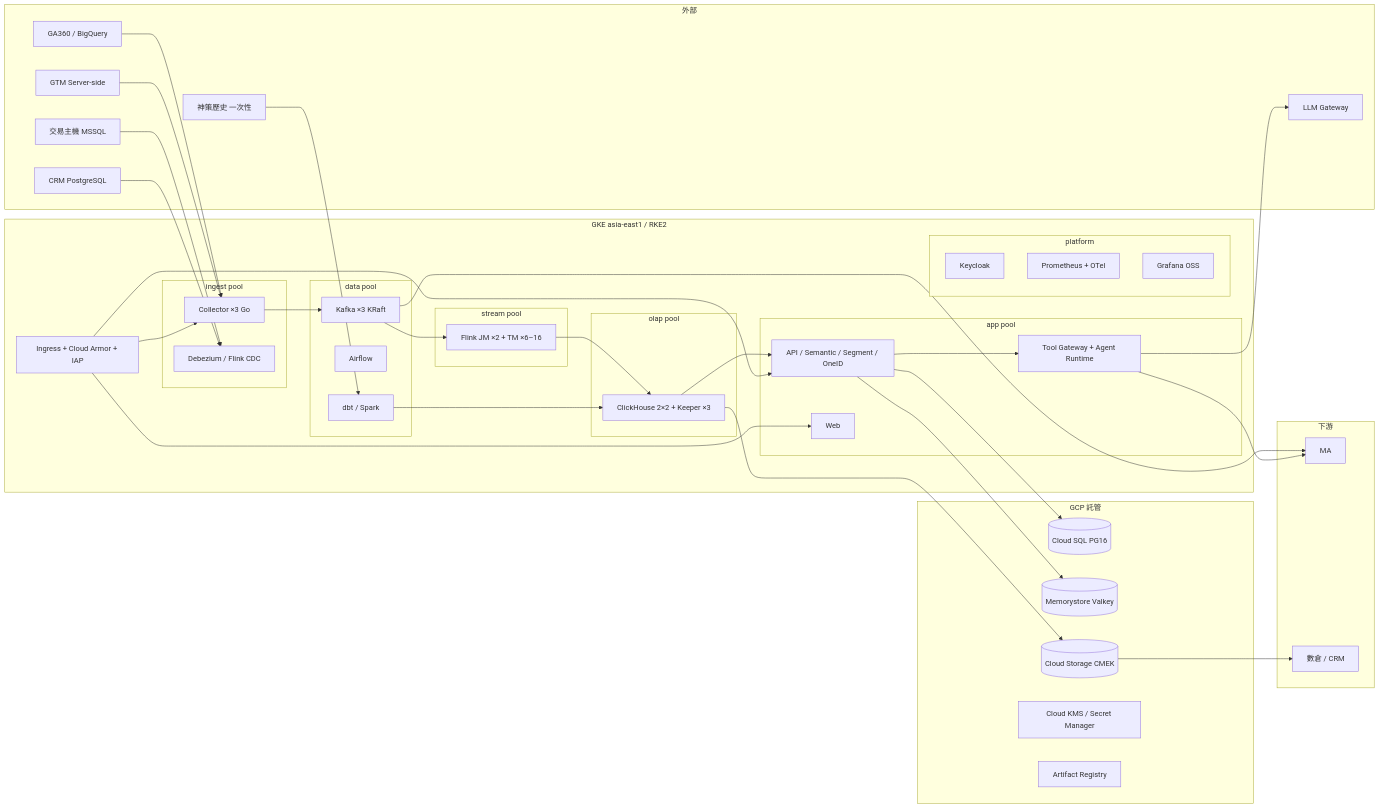
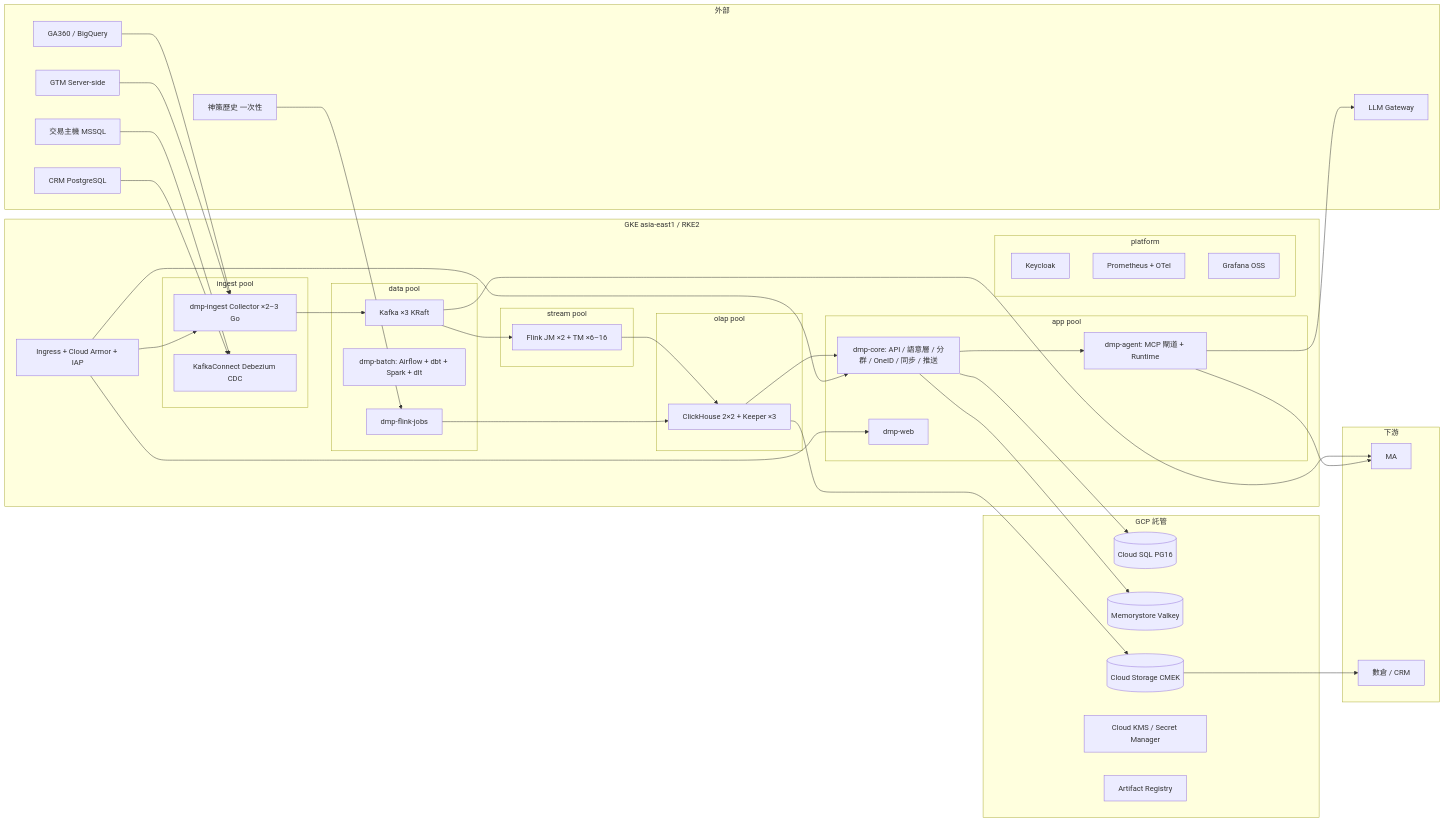
One commit to ALTA-TECH2025/altatech-dmp changed the second of 3 diagrams in docs/12-architecture-diagrams.md. Above: the diagram before and after it, drawn with Mermaid. The commit also changed 32 other files, not shown here.

````diff
--- a/docs/12-architecture-diagrams.md
+++ b/docs/12-architecture-diagrams.md
@@ -66,37 +66,37 @@
 ```mermaid
 flowchart LR
   subgraph EXTS[外部]
     BQ[GA360 / BigQuery] ; GTM[GTM Server-side] ; MS[交易主機 MSSQL] ; CRM[CRM PostgreSQL] ; SA[神策歷史 一次性] ; LLMG[LLM Gateway]
   end
   subgraph GKE[GKE asia-east1 / RKE2]
     subgraph P1[ingest pool]
-      C1[Collector ×3 Go] ; C2[Debezium / Flink CDC]
+      C1[dmp-ingest Collector ×2–3 Go] ; C2[KafkaConnect Debezium CDC]
     end
     subgraph P2[stream pool]
       F1[Flink JM ×2 + TM ×6–16]
     end
     subgraph P3[data pool]
-      K1[Kafka ×3 KRaft] ; A1[Airflow] ; D1[dbt / Spark]
+      K1[Kafka ×3 KRaft] ; A1[dmp-batch: Airflow + dbt + Spark + dlt] ; D1[dmp-flink-jobs]
     end
     subgraph P4[olap pool]
       CH1[ClickHouse 2×2 + Keeper ×3]
     end
     subgraph P5[app pool]
-      API[API / Semantic / Segment / OneID] ; MCP[Tool Gateway + Agent Runtime] ; WEB[Web]
+      API[dmp-core: API / 語意層 / 分群 / OneID / 同步 / 推送] ; MCP[dmp-agent: MCP 閘道 + Runtime] ; WEB[dmp-web]
     end
     subgraph P6[platform]
       KC[Keycloak] ; PR[Prometheus + OTel] ; GF[Grafana OSS]
     end
     ING[Ingress + Cloud Armor + IAP]
   end
   subgraph MG[GCP 託管]
     SQL[(Cloud SQL PG16)] ; MEM[(Memorystore Valkey)] ; GCS[(Cloud Storage CMEK)] ; KMS[Cloud KMS / Secret Manager] ; AR[Artifact Registry]
   end
   subgraph DOWN[下游]
     MA[MA] ; DW[數倉 / CRM]
   end
   BQ --> C1 ; GTM --> C1 ; MS --> C2 ; CRM --> C2 ; SA --> D1
   C1 --> K1 --> F1 --> CH1 ; D1 --> CH1 ; CH1 --> API --> MCP --> LLMG
   API --> SQL ; API --> MEM ; CH1 --> GCS ; K1 --> MA ; MCP --> MA ; GCS --> DW
   ING --> C1 ; ING --> API ; ING --> WEB
 ```
````
